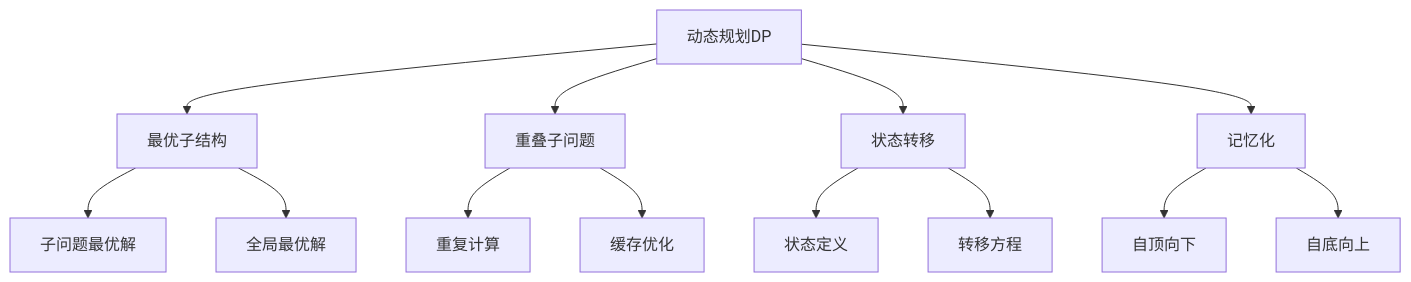
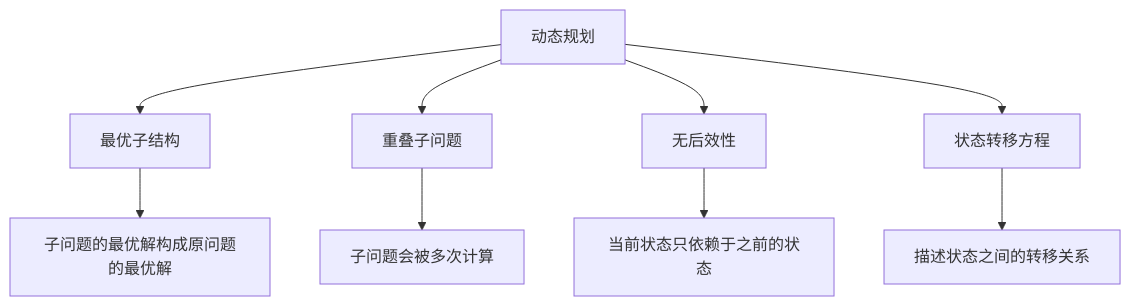
The diagram in 计算机/编程基础/数据结构/04-算法武器库/04-动态规划/01-动态规划基础.md (Anping2017/obsidian), drawn with Mermaid before and after one commit. The commit also changed other lines of this file and 305 other files, not shown here.

````diff
--- a/计算机/编程基础/数据结构/04-算法武器库/04-动态规划/01-动态规划基础.md
+++ b/计算机/编程基础/数据结构/04-算法武器库/04-动态规划/01-动态规划基础.md
@@ -9,19 +9,12 @@
 ```mermaid
 graph TD
-    A[动态规划DP] --> B[最优子结构]
+    A[动态规划] --> B[最优子结构]
     A --> C[重叠子问题]
-    A --> D[状态转移]
-    A --> E[记忆化]
+    A --> D[无后效性]
+    A --> E[状态转移方程]
     
-    B --> B1[子问题最优解]
-    B --> B2[全局最优解]
-    
-    C --> C1[重复计算]
-    C --> C2[缓存优化]
-    
-    D --> D1[状态定义]
-    D --> D2[转移方程]
-    
-    E --> E1[自顶向下]
-    E --> E2[自底向上]
+    B --> B1[子问题的最优解构成原问题的最优解]
+    C --> C1[子问题会被多次计算]
+    D --> D1[当前状态只依赖于之前的状态]
+    E --> E1[描述状态之间的转移关系]
 ```
````
